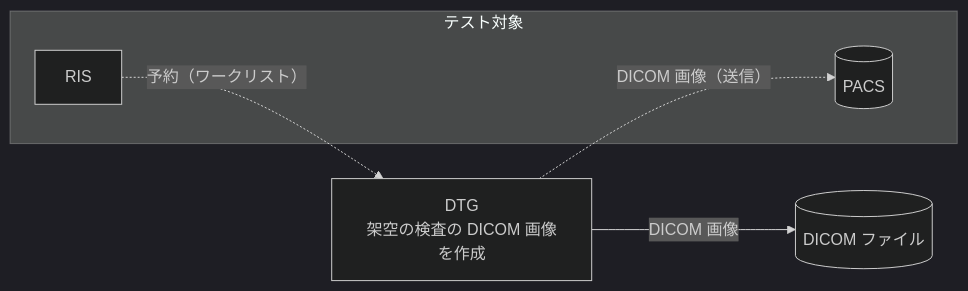
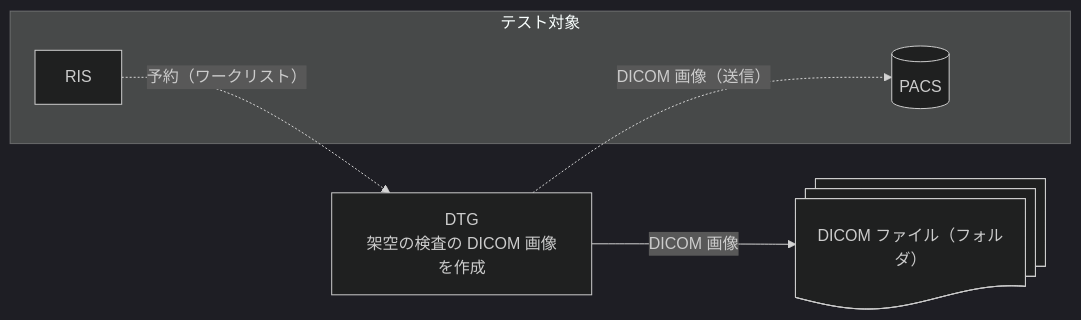
The diagram in README.md (jeysunit/dicom-test-generator), drawn with Mermaid (dark theme) before and after one commit. The commit also changed other lines of this file and 1 other file, not shown here.

First line of the commit message:
docs: 概要を主な機能と補助の機能に分けて書き、DICOM ファイルを文書の図形にする

````diff
--- a/README.md
+++ b/README.md
@@ -13,13 +16,13 @@
 ```mermaid
 flowchart LR
   DTG["DTG<br/>架空の検査の DICOM 画像を作成"]
-  FILES[("DICOM ファイル")]
+  FILES@{ shape: docs, label: "DICOM ファイル（フォルダ）" }
   subgraph TARGET["テスト対象"]
     PACS[("PACS")]
     RIS["RIS"]
   end
 
   DTG -->|"DICOM 画像"| FILES
   DTG -.->|"DICOM 画像（送信）"| PACS
   RIS -.->|"予約（ワークリスト）"| DTG
 ```
````
